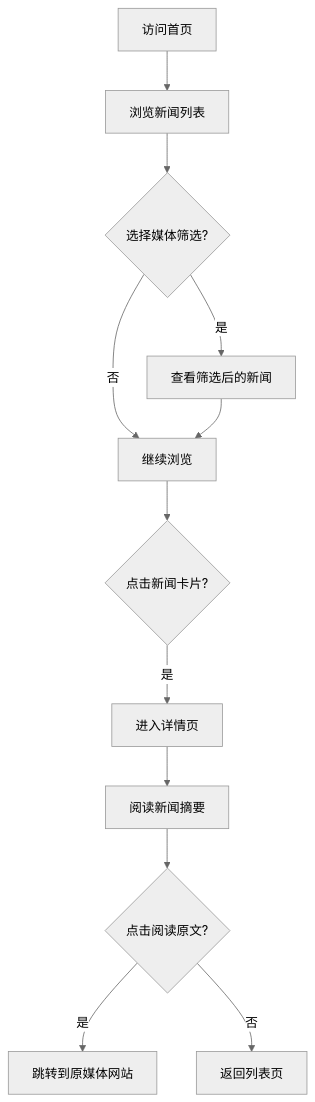
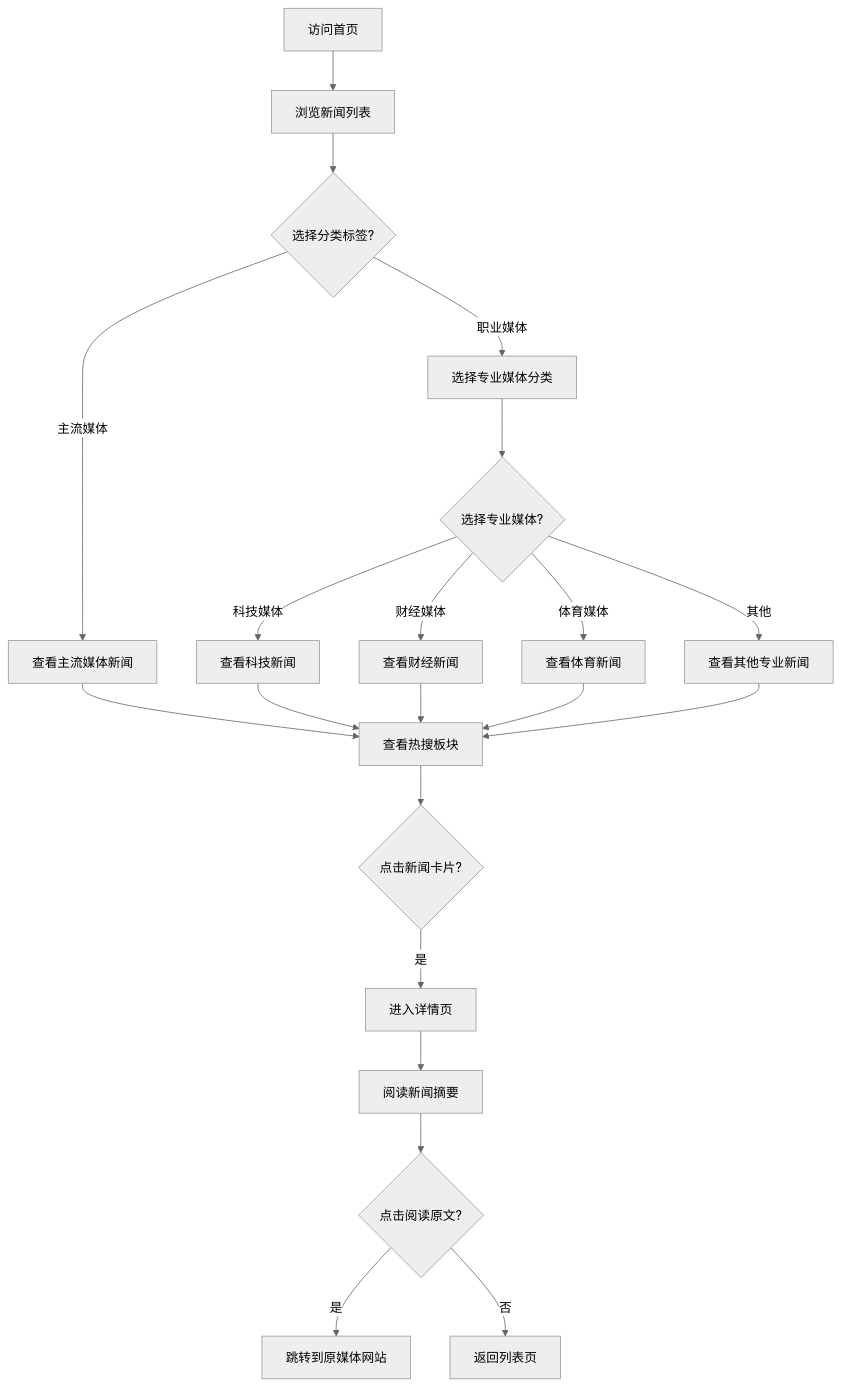
The diagram in .trae/documents/prd.md (TokerClay/Project-2), drawn with Mermaid (neutral theme) before and after one commit. The commit also changed other lines of this file and 8 other files, not shown here.

````diff
--- a/.trae/documents/prd.md
+++ b/.trae/documents/prd.md
@@ -32,14 +67,23 @@
 ```mermaid
 graph TD
     A[访问首页] --> B[浏览新闻列表]
-    B --> C{选择媒体筛选?}
-    C -->|是| D[查看筛选后的新闻]
-    C -->|否| E[继续浏览]
-    D --> E
-    E --> F{点击新闻卡片?}
-    F -->|是| G[进入详情页]
-    G --> H[阅读新闻摘要]
-    H --> I{点击阅读原文?}
-    I -->|是| J[跳转到原媒体网站]
-    I -->|否| K[返回列表页]
+    B --> C{选择分类标签?}
+    C -->|主流媒体| D[查看主流媒体新闻]
+    C -->|职业媒体| E[选择专业媒体分类]
+    E --> F{选择专业媒体?}
+    F -->|科技媒体| G[查看科技新闻]
+    F -->|财经媒体| H[查看财经新闻]
+    F -->|体育媒体| I[查看体育新闻]
+    F -->|其他| J[查看其他专业新闻]
+    D --> K[查看热搜板块]
+    G --> K
+    H --> K
+    I --> K
+    J --> K
+    K --> L{点击新闻卡片?}
+    L -->|是| M[进入详情页]
+    M --> N[阅读新闻摘要]
+    N --> O{点击阅读原文?}
+    O -->|是| P[跳转到原媒体网站]
+    O -->|否| Q[返回列表页]
 ```
````
